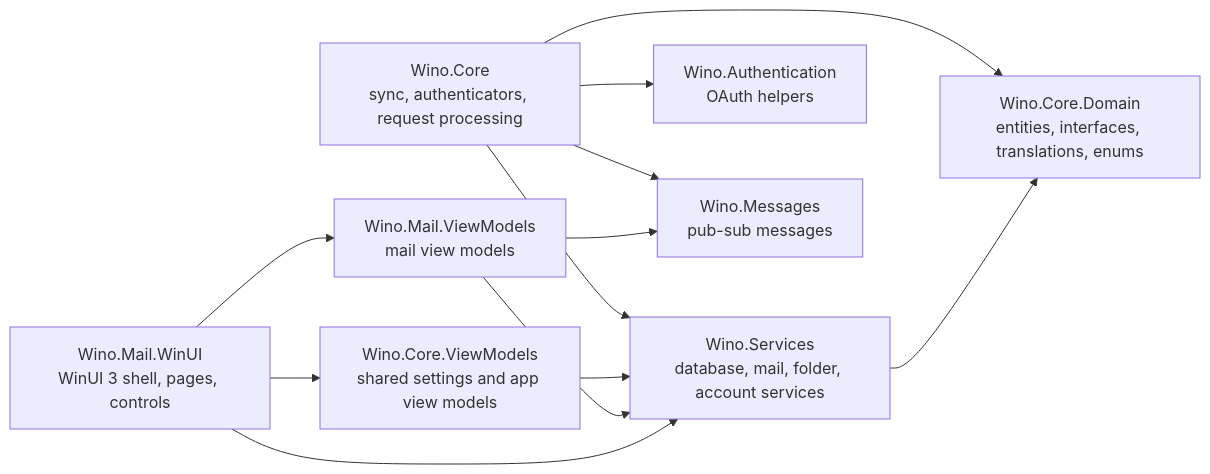
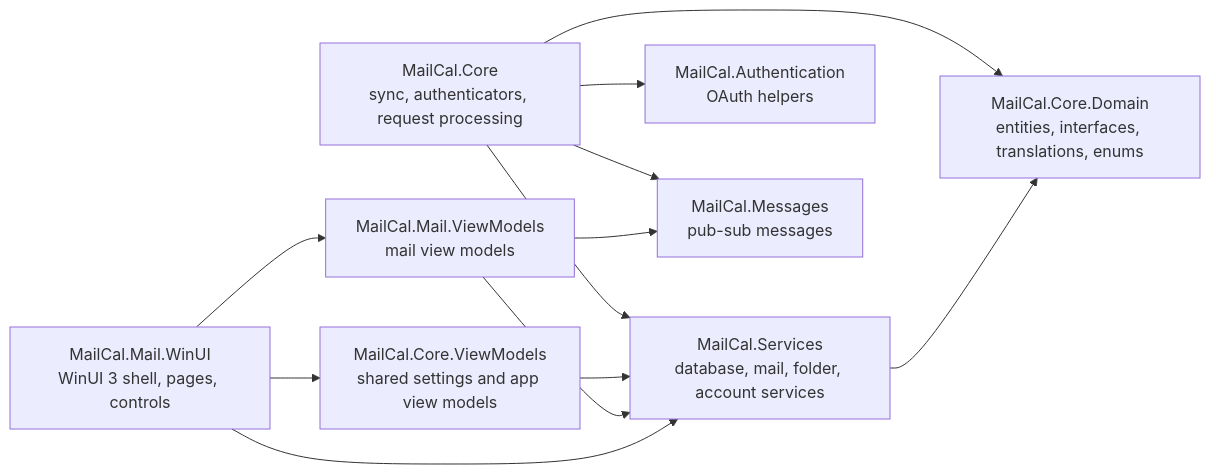
One commit to bkaankose/Wino-Mail changed the first of 2 diagrams in CONTRIBUTING.md. Above: the diagram before and after it, drawn with Mermaid. The commit also changed other lines of this file and 8271 other files, not shown here.

First line of the commit message:
Phase 6: rename the app to Mail-Cal

````diff
--- a/CONTRIBUTING.md
+++ b/CONTRIBUTING.md
@@ -68,23 +66,23 @@
 ```mermaid
 flowchart LR
-    UI["Wino.Mail.WinUI<br/>WinUI 3 shell, pages, controls"]
-    MailVM["Wino.Mail.ViewModels<br/>mail view models"]
-    CoreVM["Wino.Core.ViewModels<br/>shared settings and app view models"]
-    Services["Wino.Services<br/>database, mail, folder, account services"]
-    Core["Wino.Core<br/>sync, authenticators, request processing"]
-    Domain["Wino.Core.Domain<br/>entities, interfaces, translations, enums"]
-    Auth["Wino.Authentication<br/>OAuth helpers"]
-    Messages["Wino.Messages<br/>pub-sub messages"]
+    UI["MailCal.Mail.WinUI<br/>WinUI 3 shell, pages, controls"]
+    MailVM["MailCal.Mail.ViewModels<br/>mail view models"]
+    CoreVM["MailCal.Core.ViewModels<br/>shared settings and app view models"]
+    Services["MailCal.Services<br/>database, mail, folder, account services"]
+    Core["MailCal.Core<br/>sync, authenticators, request processing"]
+    Domain["MailCal.Core.Domain<br/>entities, interfaces, translations, enums"]
+    Auth["MailCal.Authentication<br/>OAuth helpers"]
+    Messages["MailCal.Messages<br/>pub-sub messages"]
 
     UI --> MailVM
     UI --> CoreVM
     UI --> Services
     MailVM --> Services
     CoreVM --> Services
     Services --> Domain
     Core --> Services
     Core --> Auth
     Core --> Domain
     MailVM --> Messages
     Core --> Messages
 ```
````
